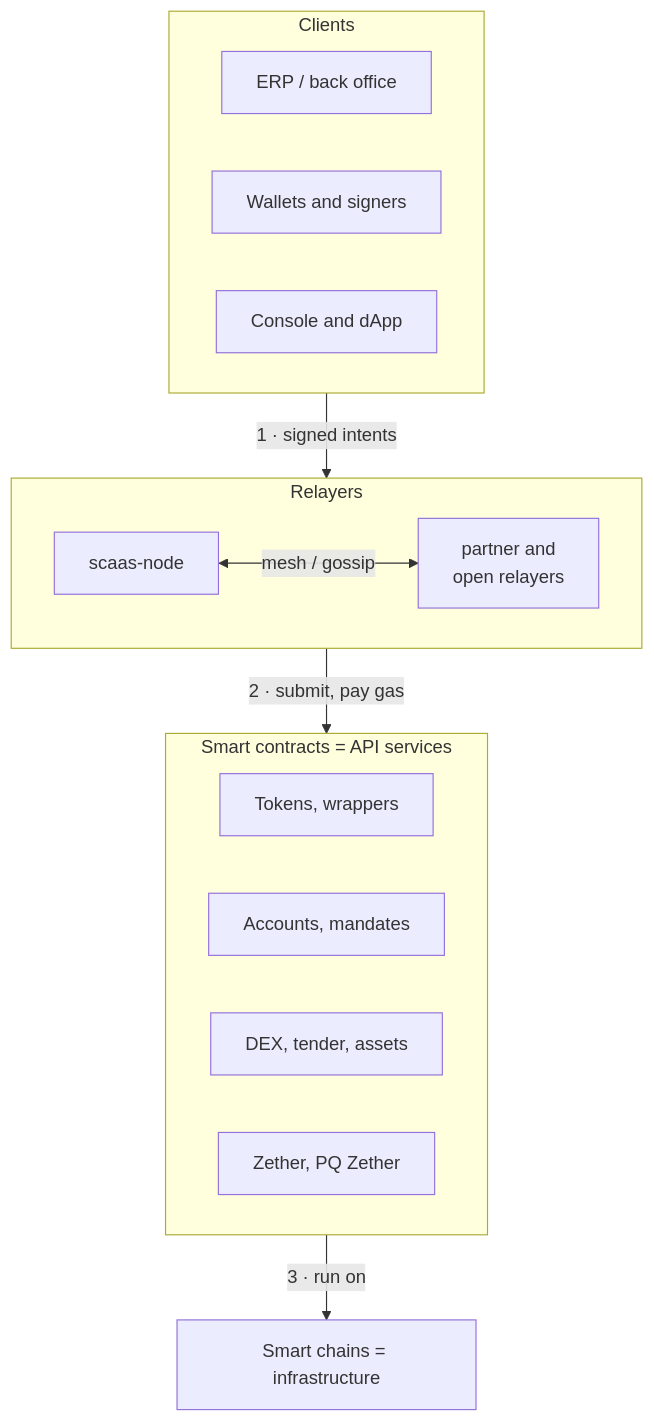
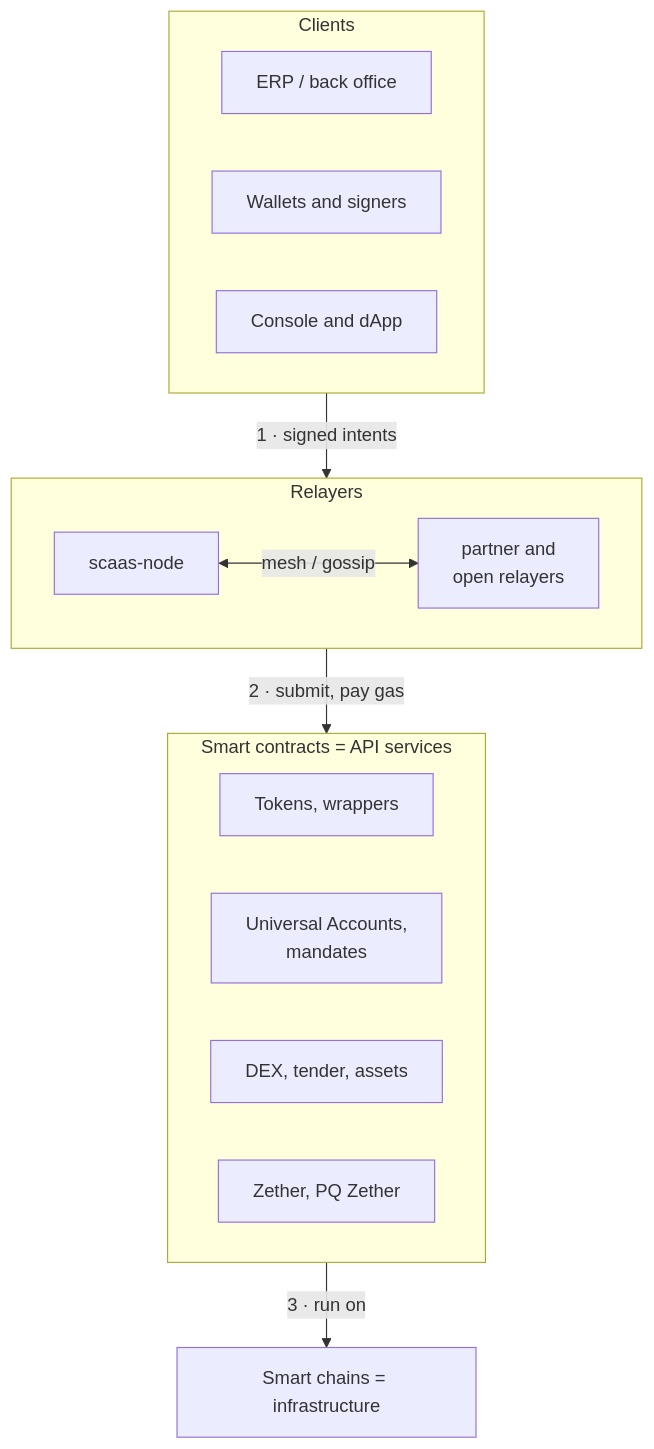
One commit to dinhduongha/scaas changed the seventh of 7 diagrams in README.md. Above: the diagram before and after it, drawn with Mermaid. The commit also changed other lines of this file, not shown here.

First line of the commit message:
docs: README section on Universal Accounts

````diff
--- a/README.md
+++ b/README.md
@@ -481,24 +551,24 @@
 ```mermaid
 flowchart TB
     subgraph CL["Clients"]
         direction LR
         ERP["ERP / back office"]
         W["Wallets and signers"]
         A["Console and dApp"]
     end
     subgraph NO["Relayers"]
         direction LR
         N1["scaas-node"] <-->|"mesh / gossip"| N2["partner and<br/>open relayers"]
     end
     subgraph SC["Smart contracts = API services"]
         direction LR
         T["Tokens, wrappers"]
-        M["Accounts, mandates"]
+        M["Universal Accounts,<br/>mandates"]
         D["DEX, tender, assets"]
         Z["Zether, PQ Zether"]
     end
     CH["Smart chains = infrastructure"]
     CL -->|"1 · signed intents"| NO
     NO -->|"2 · submit, pay gas"| SC
     SC -->|"3 · run on"| CH
 ```
````
